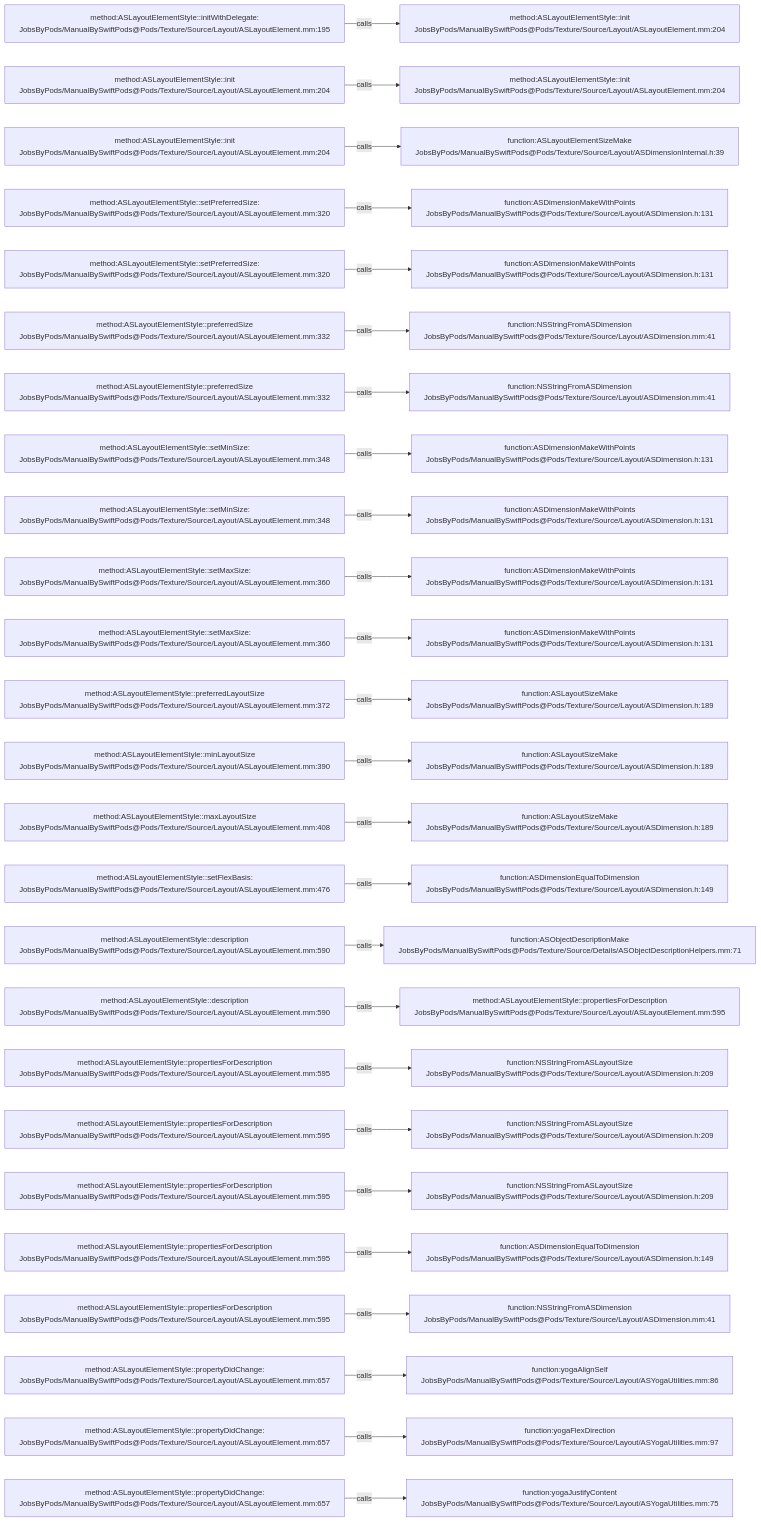
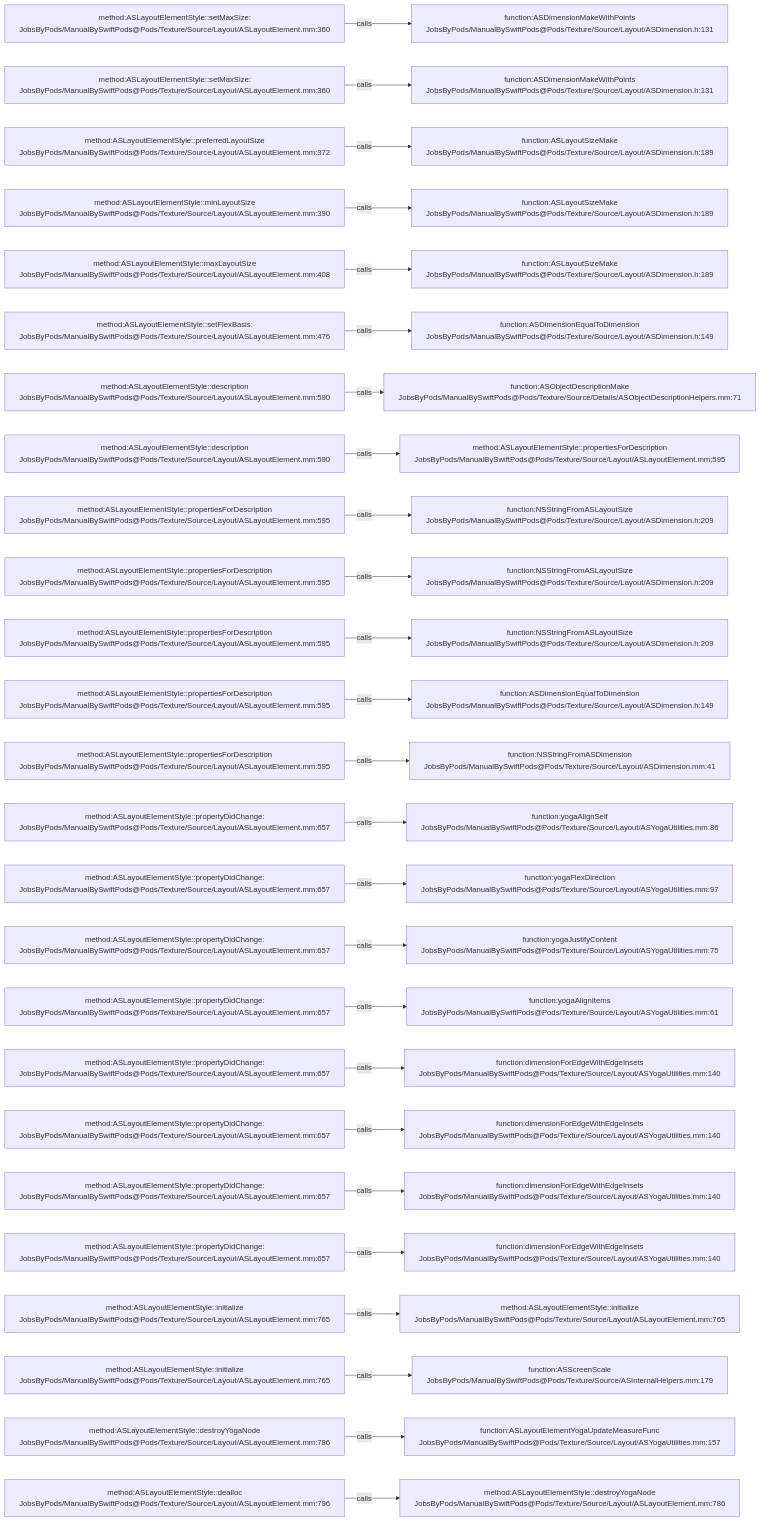
The diagram in .codegraph/codegraph.md/graphs/calls-110.md (JobsKits/JobsSwiftBaseConfigDemo), drawn with Mermaid before and after one commit. The commit also changed 707 other files, not shown here.

````diff
--- a/.codegraph/codegraph.md/graphs/calls-110.md
+++ b/.codegraph/codegraph.md/graphs/calls-110.md
@@ -13,78 +13,78 @@
 ```mermaid
 flowchart LR
-  S1["method:ASLayoutElementStyle::initWithDelegate:<br/>JobsByPods/ManualBySwiftPods@Pods/Texture/Source/Layout/ASLayoutElement.mm:195"]
-  T1["method:ASLayoutElementStyle::init<br/>JobsByPods/ManualBySwiftPods@Pods/Texture/Source/Layout/ASLayoutElement.mm:204"]
+  S1["method:ASLayoutElementStyle::setMaxSize:<br/>JobsByPods/ManualBySwiftPods@Pods/Texture/Source/Layout/ASLayoutElement.mm:360"]
+  T1["function:ASDimensionMakeWithPoints<br/>JobsByPods/ManualBySwiftPods@Pods/Texture/Source/Layout/ASDimension.h:131"]
   S1 -->|calls| T1
-  S2["method:ASLayoutElementStyle::init<br/>JobsByPods/ManualBySwiftPods@Pods/Texture/Source/Layout/ASLayoutElement.mm:204"]
-  T2["method:ASLayoutElementStyle::init<br/>JobsByPods/ManualBySwiftPods@Pods/Texture/Source/Layout/ASLayoutElement.mm:204"]
+  S2["method:ASLayoutElementStyle::setMaxSize:<br/>JobsByPods/ManualBySwiftPods@Pods/Texture/Source/Layout/ASLayoutElement.mm:360"]
+  T2["function:ASDimensionMakeWithPoints<br/>JobsByPods/ManualBySwiftPods@Pods/Texture/Source/Layout/ASDimension.h:131"]
   S2 -->|calls| T2
-  S3["method:ASLayoutElementStyle::init<br/>JobsByPods/ManualBySwiftPods@Pods/Texture/Source/Layout/ASLayoutElement.mm:204"]
-  T3["function:ASLayoutElementSizeMake<br/>JobsByPods/ManualBySwiftPods@Pods/Texture/Source/Layout/ASDimensionInternal.h:39"]
+  S3["method:ASLayoutElementStyle::preferredLayoutSize<br/>JobsByPods/ManualBySwiftPods@Pods/Texture/Source/Layout/ASLayoutElement.mm:372"]
+  T3["function:ASLayoutSizeMake<br/>JobsByPods/ManualBySwiftPods@Pods/Texture/Source/Layout/ASDimension.h:189"]
   S3 -->|calls| T3
-  S4["method:ASLayoutElementStyle::setPreferredSize:<br/>JobsByPods/ManualBySwiftPods@Pods/Texture/Source/Layout/ASLayoutElement.mm:320"]
-  T4["function:ASDimensionMakeWithPoints<br/>JobsByPods/ManualBySwiftPods@Pods/Texture/Source/Layout/ASDimension.h:131"]
+  S4["method:ASLayoutElementStyle::minLayoutSize<br/>JobsByPods/ManualBySwiftPods@Pods/Texture/Source/Layout/ASLayoutElement.mm:390"]
+  T4["function:ASLayoutSizeMake<br/>JobsByPods/ManualBySwiftPods@Pods/Texture/Source/Layout/ASDimension.h:189"]
   S4 -->|calls| T4
-  S5["method:ASLayoutElementStyle::setPreferredSize:<br/>JobsByPods/ManualBySwiftPods@Pods/Texture/Source/Layout/ASLayoutElement.mm:320"]
-  T5["function:ASDimensionMakeWithPoints<br/>JobsByPods/ManualBySwiftPods@Pods/Texture/Source/Layout/ASDimension.h:131"]
+  S5["method:ASLayoutElementStyle::maxLayoutSize<br/>JobsByPods/ManualBySwiftPods@Pods/Texture/Source/Layout/ASLayoutElement.mm:408"]
+  T5["function:ASLayoutSizeMake<br/>JobsByPods/ManualBySwiftPods@Pods/Texture/Source/Layout/ASDimension.h:189"]
   S5 -->|calls| T5
-  S6["method:ASLayoutElementStyle::preferredSize<br/>JobsByPods/ManualBySwiftPods@Pods/Texture/Source/Layout/ASLayoutElement.mm:332"]
-  T6["function:NSStringFromASDimension<br/>JobsByPods/ManualBySwiftPods@Pods/Texture/Source/Layout/ASDimension.mm:41"]
+  S6["method:ASLayoutElementStyle::setFlexBasis:<br/>JobsByPods/ManualBySwiftPods@Pods/Texture/Source/Layout/ASLayoutElement.mm:476"]
+  T6["function:ASDimensionEqualToDimension<br/>JobsByPods/ManualBySwiftPods@Pods/Texture/Source/Layout/ASDimension.h:149"]
   S6 -->|calls| T6
-  S7["method:ASLayoutElementStyle::preferredSize<br/>JobsByPods/ManualBySwiftPods@Pods/Texture/Source/Layout/ASLayoutElement.mm:332"]
-  T7["function:NSStringFromASDimension<br/>JobsByPods/ManualBySwiftPods@Pods/Texture/Source/Layout/ASDimension.mm:41"]
+  S7["method:ASLayoutElementStyle::description<br/>JobsByPods/ManualBySwiftPods@Pods/Texture/Source/Layout/ASLayoutElement.mm:590"]
+  T7["function:ASObjectDescriptionMake<br/>JobsByPods/ManualBySwiftPods@Pods/Texture/Source/Details/ASObjectDescriptionHelpers.mm:71"]
   S7 -->|calls| T7
-  S8["method:ASLayoutElementStyle::setMinSize:<br/>JobsByPods/ManualBySwiftPods@Pods/Texture/Source/Layout/ASLayoutElement.mm:348"]
-  T8["function:ASDimensionMakeWithPoints<br/>JobsByPods/ManualBySwiftPods@Pods/Texture/Source/Layout/ASDimension.h:131"]
+  S8["method:ASLayoutElementStyle::description<br/>JobsByPods/ManualBySwiftPods@Pods/Texture/Source/Layout/ASLayoutElement.mm:590"]
+  T8["method:ASLayoutElementStyle::propertiesForDescription<br/>JobsByPods/ManualBySwiftPods@Pods/Texture/Source/Layout/ASLayoutElement.mm:595"]
   S8 -->|calls| T8
-  S9["method:ASLayoutElementStyle::setMinSize:<br/>JobsByPods/ManualBySwiftPods@Pods/Texture/Source/Layout/ASLayoutElement.mm:348"]
-  T9["function:ASDimensionMakeWithPoints<br/>JobsByPods/ManualBySwiftPods@Pods/Texture/Source/Layout/ASDimension.h:131"]
+  S9["method:ASLayoutElementStyle::propertiesForDescription<br/>JobsByPods/ManualBySwiftPods@Pods/Texture/Source/Layout/ASLayoutElement.mm:595"]
+  T9["function:NSStringFromASLayoutSize<br/>JobsByPods/ManualBySwiftPods@Pods/Texture/Source/Layout/ASDimension.h:209"]
   S9 -->|calls| T9
-  S10["method:ASLayoutElementStyle::setMaxSize:<br/>JobsByPods/ManualBySwiftPods@Pods/Texture/Source/Layout/ASLayoutElement.mm:360"]
-  T10["function:ASDimensionMakeWithPoints<br/>JobsByPods/ManualBySwiftPods@Pods/Texture/Source/Layout/ASDimension.h:131"]
+  S10["method:ASLayoutElementStyle::propertiesForDescription<br/>JobsByPods/ManualBySwiftPods@Pods/Texture/Source/Layout/ASLayoutElement.mm:595"]
+  T10["function:NSStringFromASLayoutSize<br/>JobsByPods/ManualBySwiftPods@Pods/Texture/Source/Layout/ASDimension.h:209"]
   S10 -->|calls| T10
-  S11["method:ASLayoutElementStyle::setMaxSize:<br/>JobsByPods/ManualBySwiftPods@Pods/Texture/Source/Layout/ASLayoutElement.mm:360"]
-  T11["function:ASDimensionMakeWithPoints<br/>JobsByPods/ManualBySwiftPods@Pods/Texture/Source/Layout/ASDimension.h:131"]
+  S11["method:ASLayoutElementStyle::propertiesForDescription<br/>JobsByPods/ManualBySwiftPods@Pods/Texture/Source/Layout/ASLayoutElement.mm:595"]
+  T11["function:NSStringFromASLayoutSize<br/>JobsByPods/ManualBySwiftPods@Pods/Texture/Source/Layout/ASDimension.h:209"]
   S11 -->|calls| T11
-  S12["method:ASLayoutElementStyle::preferredLayoutSize<br/>JobsByPods/ManualBySwiftPods@Pods/Texture/Source/Layout/ASLayoutElement.mm:372"]
-  T12["function:ASLayoutSizeMake<br/>JobsByPods/ManualBySwiftPods@Pods/Texture/Source/Layout/ASDimension.h:189"]
+  S12["method:ASLayoutElementStyle::propertiesForDescription<br/>JobsByPods/ManualBySwiftPods@Pods/Texture/Source/Layout/ASLayoutElement.mm:595"]
+  T12["function:ASDimensionEqualToDimension<br/>JobsByPods/ManualBySwiftPods@Pods/Texture/Source/Layout/ASDimension.h:149"]
   S12 -->|calls| T12
-  S13["method:ASLayoutElementStyle::minLayoutSize<br/>JobsByPods/ManualBySwiftPods@Pods/Texture/Source/Layout/ASLayoutElement.mm:390"]
-  T13["function:ASLayoutSizeMake<br/>JobsByPods/ManualBySwiftPods@Pods/Texture/Source/Layout/ASDimension.h:189"]
+  S13["method:ASLayoutElementStyle::propertiesForDescription<br/>JobsByPods/ManualBySwiftPods@Pods/Texture/Source/Layout/ASLayoutElement.mm:595"]
+  T13["function:NSStringFromASDimension<br/>JobsByPods/ManualBySwiftPods@Pods/Texture/Source/Layout/ASDimension.mm:41"]
   S13 -->|calls| T13
-  S14["method:ASLayoutElementStyle::maxLayoutSize<br/>JobsByPods/ManualBySwiftPods@Pods/Texture/Source/Layout/ASLayoutElement.mm:408"]
-  T14["function:ASLayoutSizeMake<br/>JobsByPods/ManualBySwiftPods@Pods/Texture/Source/Layout/ASDimension.h:189"]
+  S14["method:ASLayoutElementStyle::propertyDidChange:<br/>JobsByPods/ManualBySwiftPods@Pods/Texture/Source/Layout/ASLayoutElement.mm:657"]
+  T14["function:yogaAlignSelf<br/>JobsByPods/ManualBySwiftPods@Pods/Texture/Source/Layout/ASYogaUtilities.mm:86"]
   S14 -->|calls| T14
-  S15["method:ASLayoutElementStyle::setFlexBasis:<br/>JobsByPods/ManualBySwiftPods@Pods/Texture/Source/Layout/ASLayoutElement.mm:476"]
-  T15["function:ASDimensionEqualToDimension<br/>JobsByPods/ManualBySwiftPods@Pods/Texture/Source/Layout/ASDimension.h:149"]
+  S15["method:ASLayoutElementStyle::propertyDidChange:<br/>JobsByPods/ManualBySwiftPods@Pods/Texture/Source/Layout/ASLayoutElement.mm:657"]
+  T15["function:yogaFlexDirection<br/>JobsByPods/ManualBySwiftPods@Pods/Texture/Source/Layout/ASYogaUtilities.mm:97"]
   S15 -->|calls| T15
-  S16["method:ASLayoutElementStyle::description<br/>JobsByPods/ManualBySwiftPods@Pods/Texture/Source/Layout/ASLayoutElement.mm:590"]
-  T16["function:ASObjectDescriptionMake<br/>JobsByPods/ManualBySwiftPods@Pods/Texture/Source/Details/ASObjectDescriptionHelpers.mm:71"]
+  S16["method:ASLayoutElementStyle::propertyDidChange:<br/>JobsByPods/ManualBySwiftPods@Pods/Texture/Source/Layout/ASLayoutElement.mm:657"]
+  T16["function:yogaJustifyContent<br/>JobsByPods/ManualBySwiftPods@Pods/Texture/Source/Layout/ASYogaUtilities.mm:75"]
   S16 -->|calls| T16
-  S17["method:ASLayoutElementStyle::description<br/>JobsByPods/ManualBySwiftPods@Pods/Texture/Source/Layout/ASLayoutElement.mm:590"]
-  T17["method:ASLayoutElementStyle::propertiesForDescription<br/>JobsByPods/ManualBySwiftPods@Pods/Texture/Source/Layout/ASLayoutElement.mm:595"]
+  S17["method:ASLayoutElementStyle::propertyDidChange:<br/>JobsByPods/ManualBySwiftPods@Pods/Texture/Source/Layout/ASLayoutElement.mm:657"]
+  T17["function:yogaAlignItems<br/>JobsByPods/ManualBySwiftPods@Pods/Texture/Source/Layout/ASYogaUtilities.mm:61"]
   S17 -->|calls| T17
-  S18["method:ASLayoutElementStyle::propertiesForDescription<br/>JobsByPods/ManualBySwiftPods@Pods/Texture/Source/Layout/ASLayoutElement.mm:595"]
-  T18["function:NSStringFromASLayoutSize<br/>JobsByPods/ManualBySwiftPods@Pods/Texture/Source/Layout/ASDimension.h:209"]
+  S18["method:ASLayoutElementStyle::propertyDidChange:<br/>JobsByPods/ManualBySwiftPods@Pods/Texture/Source/Layout/ASLayoutElement.mm:657"]
+  T18["function:dimensionForEdgeWithEdgeInsets<br/>JobsByPods/ManualBySwiftPods@Pods/Texture/Source/Layout/ASYogaUtilities.mm:140"]
   S18 -->|calls| T18
-  S19["method:ASLayoutElementStyle::propertiesForDescription<br/>JobsByPods/ManualBySwiftPods@Pods/Texture/Source/Layout/ASLayoutElement.mm:595"]
-  T19["function:NSStringFromASLayoutSize<br/>JobsByPods/ManualBySwiftPods@Pods/Texture/Source/Layout/ASDimension.h:209"]
+  S19["method:ASLayoutElementStyle::propertyDidChange:<br/>JobsByPods/ManualBySwiftPods@Pods/Texture/Source/Layout/ASLayoutElement.mm:657"]
+  T19["function:dimensionForEdgeWithEdgeInsets<br/>JobsByPods/ManualBySwiftPods@Pods/Texture/Source/Layout/ASYogaUtilities.mm:140"]
   S19 -->|calls| T19
-  S20["method:ASLayoutElementStyle::propertiesForDescription<br/>JobsByPods/ManualBySwiftPods@Pods/Texture/Source/Layout/ASLayoutElement.mm:595"]
-  T20["function:NSStringFromASLayoutSize<br/>JobsByPods/ManualBySwiftPods@Pods/Texture/Source/Layout/ASDimension.h:209"]
+  S20["method:ASLayoutElementStyle::propertyDidChange:<br/>JobsByPods/ManualBySwiftPods@Pods/Texture/Source/Layout/ASLayoutElement.mm:657"]
+  T20["function:dimensionForEdgeWithEdgeInsets<br/>JobsByPods/ManualBySwiftPods@Pods/Texture/Source/Layout/ASYogaUtilities.mm:140"]
   S20 -->|calls| T20
-  S21["method:ASLayoutElementStyle::propertiesForDescription<br/>JobsByPods/ManualBySwiftPods@Pods/Texture/Source/Layout/ASLayoutElement.mm:595"]
-  T21["function:ASDimensionEqualToDimension<br/>JobsByPods/ManualBySwiftPods@Pods/Texture/Source/Layout/ASDimension.h:149"]
+  S21["method:ASLayoutElementStyle::propertyDidChange:<br/>JobsByPods/ManualBySwiftPods@Pods/Texture/Source/Layout/ASLayoutElement.mm:657"]
+  T21["function:dimensionForEdgeWithEdgeInsets<br/>JobsByPods/ManualBySwiftPods@Pods/Texture/Source/Layout/ASYogaUtilities.mm:140"]
   S21 -->|calls| T21
-  S22["method:ASLayoutElementStyle::propertiesForDescription<br/>JobsByPods/ManualBySwiftPods@Pods/Texture/Source/Layout/ASLayoutElement.mm:595"]
-  T22["function:NSStringFromASDimension<br/>JobsByPods/ManualBySwiftPods@Pods/Texture/Source/Layout/ASDimension.mm:41"]
+  S22["method:ASLayoutElementStyle::initialize<br/>JobsByPods/ManualBySwiftPods@Pods/Texture/Source/Layout/ASLayoutElement.mm:765"]
+  T22["method:ASLayoutElementStyle::initialize<br/>JobsByPods/ManualBySwiftPods@Pods/Texture/Source/Layout/ASLayoutElement.mm:765"]
   S22 -->|calls| T22
-  S23["method:ASLayoutElementStyle::propertyDidChange:<br/>JobsByPods/ManualBySwiftPods@Pods/Texture/Source/Layout/ASLayoutElement.mm:657"]
-  T23["function:yogaAlignSelf<br/>JobsByPods/ManualBySwiftPods@Pods/Texture/Source/Layout/ASYogaUtilities.mm:86"]
+  S23["method:ASLayoutElementStyle::initialize<br/>JobsByPods/ManualBySwiftPods@Pods/Texture/Source/Layout/ASLayoutElement.mm:765"]
+  T23["function:ASScreenScale<br/>JobsByPods/ManualBySwiftPods@Pods/Texture/Source/ASInternalHelpers.mm:179"]
   S23 -->|calls| T23
-  S24["method:ASLayoutElementStyle::propertyDidChange:<br/>JobsByPods/ManualBySwiftPods@Pods/Texture/Source/Layout/ASLayoutElement.mm:657"]
-  T24["function:yogaFlexDirection<br/>JobsByPods/ManualBySwiftPods@Pods/Texture/Source/Layout/ASYogaUtilities.mm:97"]
+  S24["method:ASLayoutElementStyle::destroyYogaNode<br/>JobsByPods/ManualBySwiftPods@Pods/Texture/Source/Layout/ASLayoutElement.mm:786"]
+  T24["function:ASLayoutElementYogaUpdateMeasureFunc<br/>JobsByPods/ManualBySwiftPods@Pods/Texture/Source/Layout/ASYogaUtilities.mm:157"]
   S24 -->|calls| T24
-  S25["method:ASLayoutElementStyle::propertyDidChange:<br/>JobsByPods/ManualBySwiftPods@Pods/Texture/Source/Layout/ASLayoutElement.mm:657"]
-  T25["function:yogaJustifyContent<br/>JobsByPods/ManualBySwiftPods@Pods/Texture/Source/Layout/ASYogaUtilities.mm:75"]
+  S25["method:ASLayoutElementStyle::dealloc<br/>JobsByPods/ManualBySwiftPods@Pods/Texture/Source/Layout/ASLayoutElement.mm:796"]
+  T25["method:ASLayoutElementStyle::destroyYogaNode<br/>JobsByPods/ManualBySwiftPods@Pods/Texture/Source/Layout/ASLayoutElement.mm:786"]
   S25 -->|calls| T25
 ```
````
